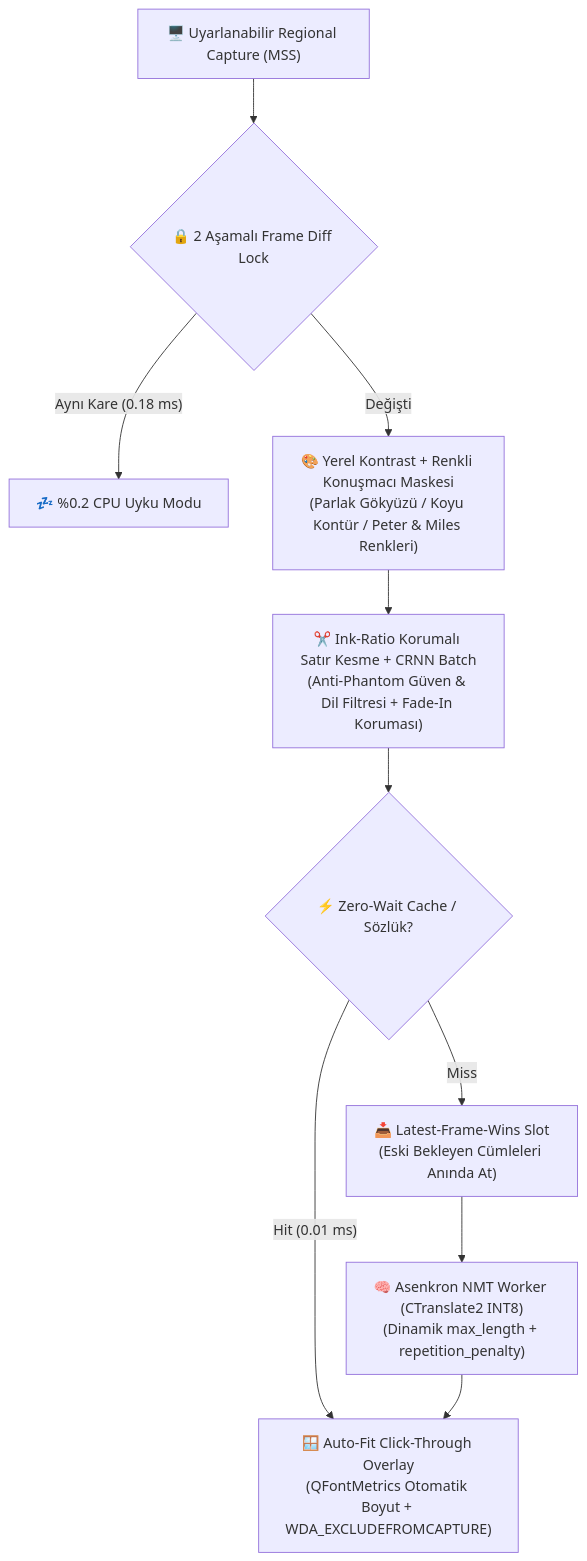
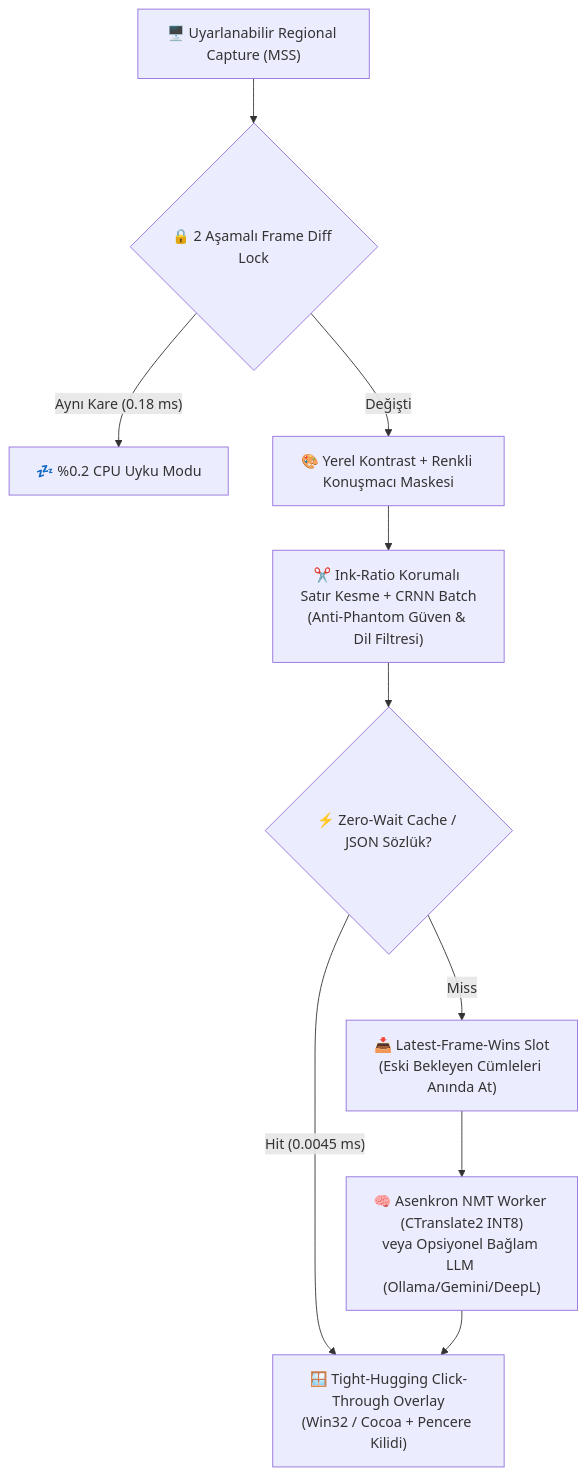
The diagram in README.tr.md (Andacbasaran/subvision-ai-subtitle-translator), drawn with Mermaid before and after one commit. The commit also changed other lines of this file and 40 other files, not shown here.

````diff
--- a/README.tr.md
+++ b/README.tr.md
@@ -201,12 +226,12 @@
 ```mermaid
 flowchart TD
     A["🖥️ Uyarlanabilir Regional Capture (MSS)"] --> B{"🔒 2 Aşamalı Frame Diff Lock"}
     B -- "Aynı Kare (0.18 ms)" --> Z["💤 %0.2 CPU Uyku Modu"]
-    B -- "Değişti" --> C["🎨 Yerel Kontrast + Renkli Konuşmacı Maskesi\n(Parlak Gökyüzü / Koyu Kontür / Peter & Miles Renkleri)"]
-    C --> D["✂️ Ink-Ratio Korumalı Satır Kesme + CRNN Batch\n(Anti-Phantom Güven & Dil Filtresi + Fade-In Koruması)"]
-    D --> E{"⚡ Zero-Wait Cache / Sözlük?"}
-    E -- "Hit (0.01 ms)" --> I["🪟 Auto-Fit Click-Through Overlay\n(QFontMetrics Otomatik Boyut + WDA_EXCLUDEFROMCAPTURE)"]
+    B -- "Değişti" --> C["🎨 Yerel Kontrast + Renkli Konuşmacı Maskesi"]
+    C --> D["✂️ Ink-Ratio Korumalı Satır Kesme + CRNN Batch\n(Anti-Phantom Güven & Dil Filtresi)"]
+    D --> E{"⚡ Zero-Wait Cache / JSON Sözlük?"}
+    E -- "Hit (0.0045 ms)" --> I["🪟 Tight-Hugging Click-Through Overlay\n(Win32 / Cocoa + Pencere Kilidi)"]
     E -- "Miss" --> F["📥 Latest-Frame-Wins Slot\n(Eski Bekleyen Cümleleri Anında At)"]
-    F --> H["🧠 Asenkron NMT Worker (CTranslate2 INT8)\n(Dinamik max_length + repetition_penalty)"]
+    F --> H["🧠 Asenkron NMT Worker (CTranslate2 INT8)\nveya Opsiyonel Bağlam LLM (Ollama/Gemini/DeepL)"]
     H --> I
 ```
````
